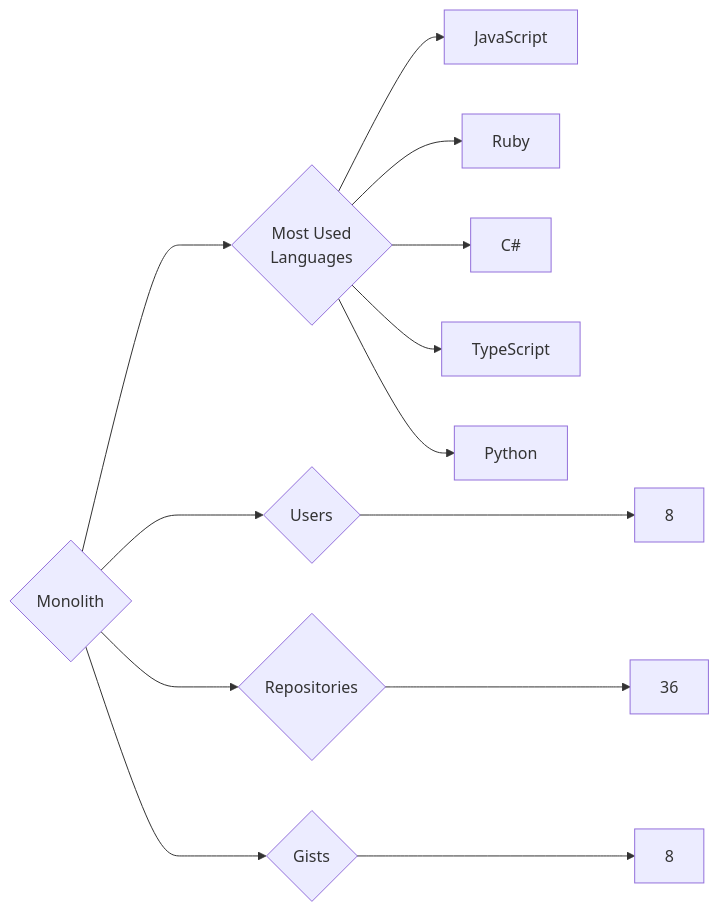
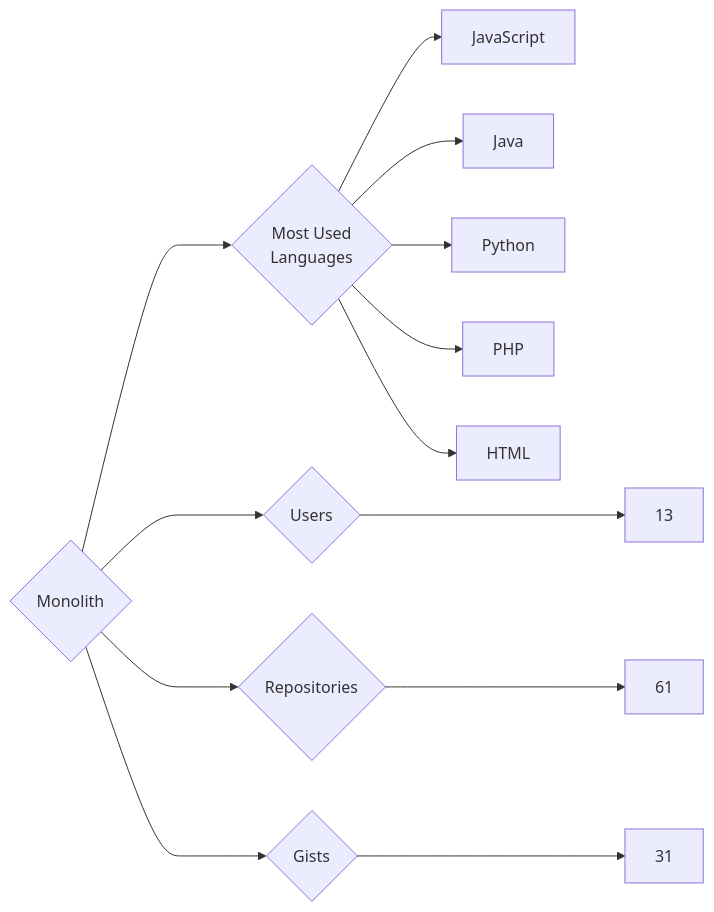
The diagram in targets/Monolith/README.md (trickest/insiders), drawn with Mermaid before and after one commit. The commit also changed 920 other files, not shown here.

````diff
--- a/targets/Monolith/README.md
+++ b/targets/Monolith/README.md
@@ -3,13 +3,13 @@
 ```mermaid
 graph LR
 COMPANY_NAME{Monolith}
-COMPANY_NAME ---> U{Users} ---> UN[8]
-COMPANY_NAME ---> R{Repositories} ---> RN[36]
-COMPANY_NAME ---> G{Gists} ---> GN[8]
+COMPANY_NAME ---> U{Users} ---> UN[13]
+COMPANY_NAME ---> R{Repositories} ---> RN[61]
+COMPANY_NAME ---> G{Gists} ---> GN[31]
 COMPANY_NAME ---> ML{Most Used<br>Languages}
 ML --> JavaScript[JavaScript]
-ML --> Ruby[Ruby]
-ML --> C#[C#]
-ML --> TypeScript[TypeScript]
+ML --> Java[Java]
 ML --> Python[Python]
+ML --> PHP[PHP]
+ML --> HTML[HTML]
 ```
````
